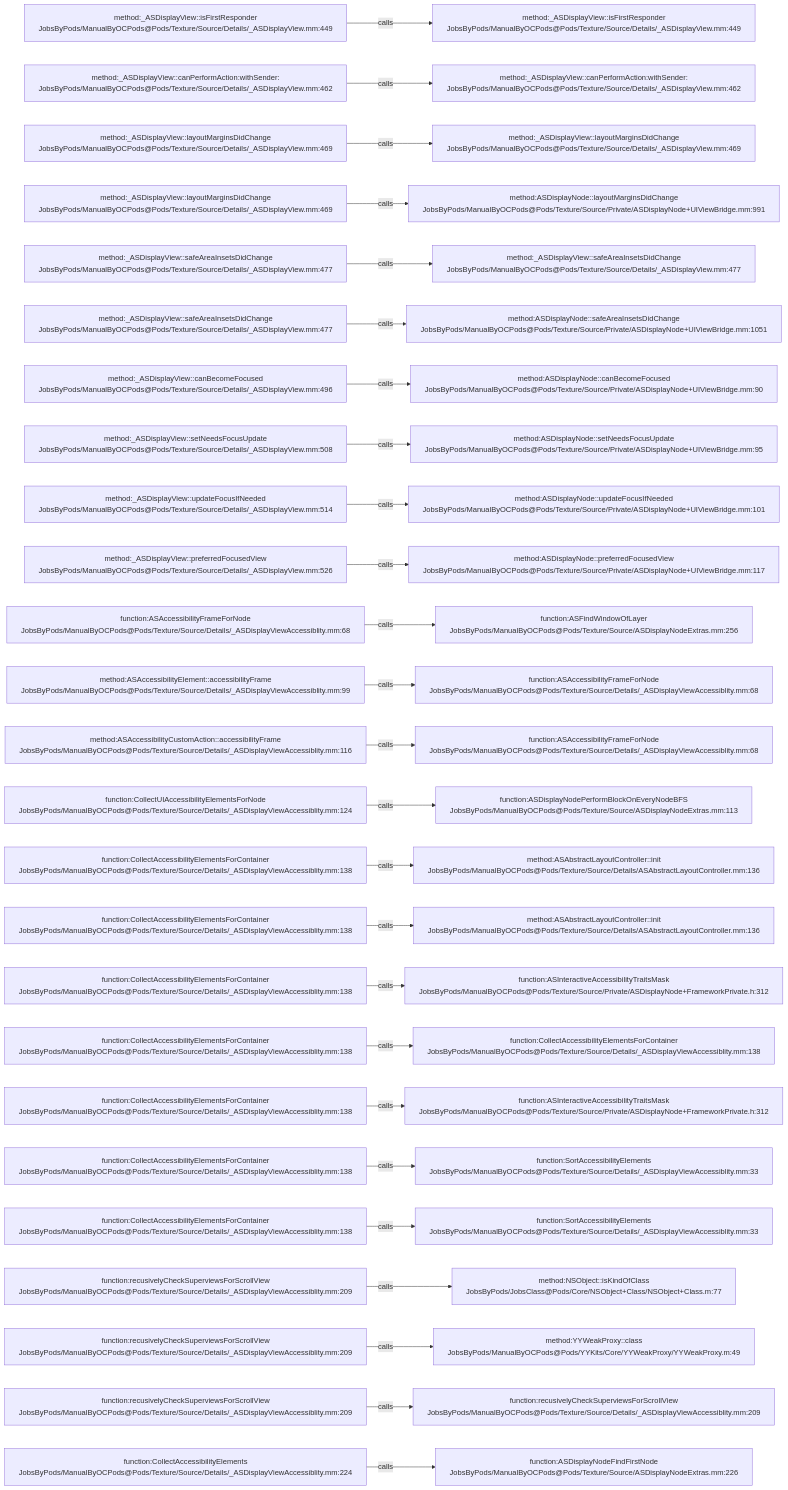
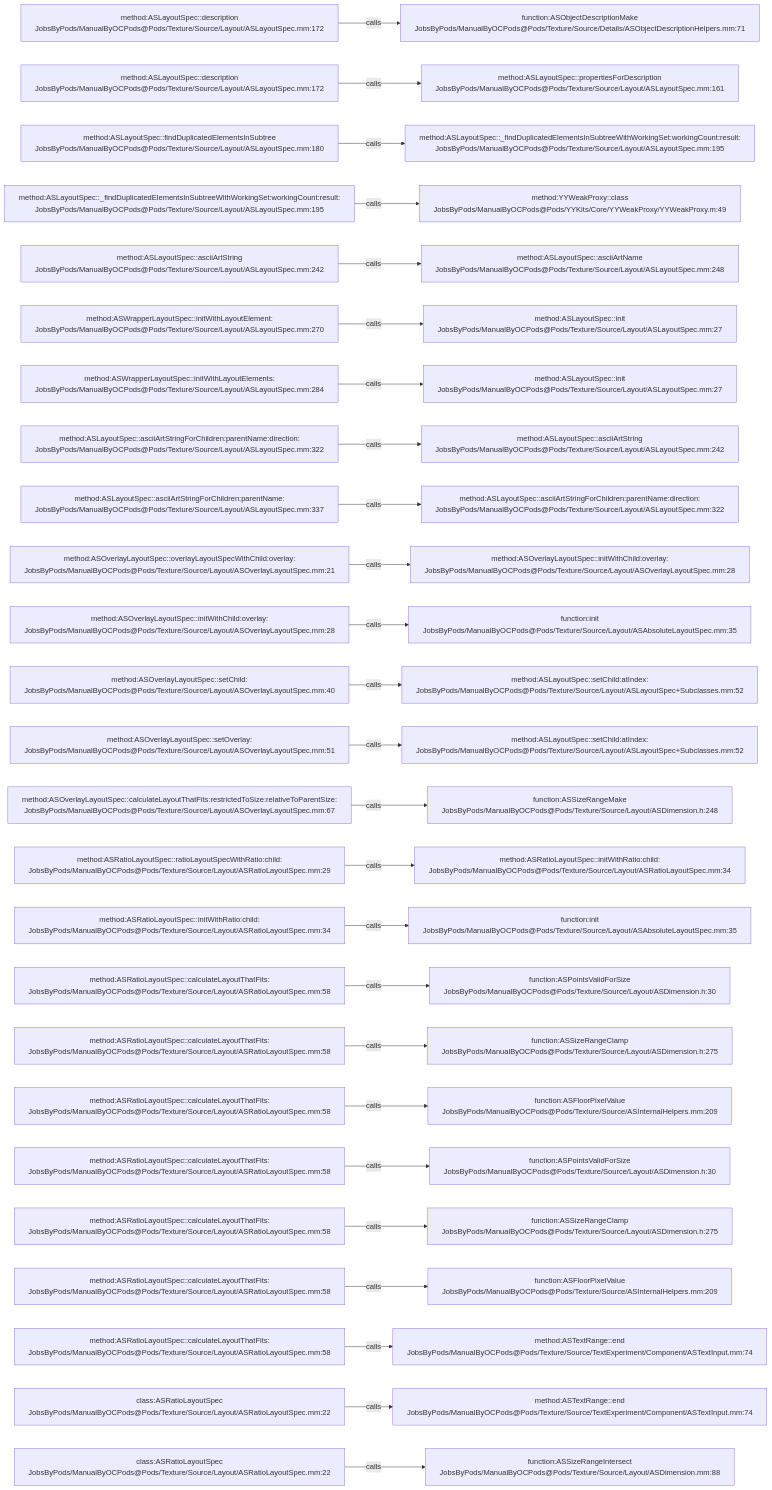
Before and after one commit to JobsKits/JobsOCBaseConfigDemo: the diagram in .codegraph/codegraph.md/graphs/calls-165.md, drawn with Mermaid. The commit also changed 2723 other files, not shown here.

````diff
--- a/.codegraph/codegraph.md/graphs/calls-165.md
+++ b/.codegraph/codegraph.md/graphs/calls-165.md
@@ -13,78 +13,78 @@
 ```mermaid
 flowchart LR
-  S1["method:_ASDisplayView::isFirstResponder<br/>JobsByPods/ManualByOCPods@Pods/Texture/Source/Details/_ASDisplayView.mm:449"]
-  T1["method:_ASDisplayView::isFirstResponder<br/>JobsByPods/ManualByOCPods@Pods/Texture/Source/Details/_ASDisplayView.mm:449"]
+  S1["method:ASLayoutSpec::description<br/>JobsByPods/ManualByOCPods@Pods/Texture/Source/Layout/ASLayoutSpec.mm:172"]
+  T1["function:ASObjectDescriptionMake<br/>JobsByPods/ManualByOCPods@Pods/Texture/Source/Details/ASObjectDescriptionHelpers.mm:71"]
   S1 -->|calls| T1
-  S2["method:_ASDisplayView::canPerformAction:withSender:<br/>JobsByPods/ManualByOCPods@Pods/Texture/Source/Details/_ASDisplayView.mm:462"]
-  T2["method:_ASDisplayView::canPerformAction:withSender:<br/>JobsByPods/ManualByOCPods@Pods/Texture/Source/Details/_ASDisplayView.mm:462"]
+  S2["method:ASLayoutSpec::description<br/>JobsByPods/ManualByOCPods@Pods/Texture/Source/Layout/ASLayoutSpec.mm:172"]
+  T2["method:ASLayoutSpec::propertiesForDescription<br/>JobsByPods/ManualByOCPods@Pods/Texture/Source/Layout/ASLayoutSpec.mm:161"]
   S2 -->|calls| T2
-  S3["method:_ASDisplayView::layoutMarginsDidChange<br/>JobsByPods/ManualByOCPods@Pods/Texture/Source/Details/_ASDisplayView.mm:469"]
-  T3["method:_ASDisplayView::layoutMarginsDidChange<br/>JobsByPods/ManualByOCPods@Pods/Texture/Source/Details/_ASDisplayView.mm:469"]
+  S3["method:ASLayoutSpec::findDuplicatedElementsInSubtree<br/>JobsByPods/ManualByOCPods@Pods/Texture/Source/Layout/ASLayoutSpec.mm:180"]
+  T3["method:ASLayoutSpec::_findDuplicatedElementsInSubtreeWithWorkingSet:workingCount:result:<br/>JobsByPods/ManualByOCPods@Pods/Texture/Source/Layout/ASLayoutSpec.mm:195"]
   S3 -->|calls| T3
-  S4["method:_ASDisplayView::layoutMarginsDidChange<br/>JobsByPods/ManualByOCPods@Pods/Texture/Source/Details/_ASDisplayView.mm:469"]
-  T4["method:ASDisplayNode::layoutMarginsDidChange<br/>JobsByPods/ManualByOCPods@Pods/Texture/Source/Private/ASDisplayNode+UIViewBridge.mm:991"]
+  S4["method:ASLayoutSpec::_findDuplicatedElementsInSubtreeWithWorkingSet:workingCount:result:<br/>JobsByPods/ManualByOCPods@Pods/Texture/Source/Layout/ASLayoutSpec.mm:195"]
+  T4["method:YYWeakProxy::class<br/>JobsByPods/ManualByOCPods@Pods/YYKits/Core/YYWeakProxy/YYWeakProxy.m:49"]
   S4 -->|calls| T4
-  S5["method:_ASDisplayView::safeAreaInsetsDidChange<br/>JobsByPods/ManualByOCPods@Pods/Texture/Source/Details/_ASDisplayView.mm:477"]
-  T5["method:_ASDisplayView::safeAreaInsetsDidChange<br/>JobsByPods/ManualByOCPods@Pods/Texture/Source/Details/_ASDisplayView.mm:477"]
+  S5["method:ASLayoutSpec::asciiArtString<br/>JobsByPods/ManualByOCPods@Pods/Texture/Source/Layout/ASLayoutSpec.mm:242"]
+  T5["method:ASLayoutSpec::asciiArtName<br/>JobsByPods/ManualByOCPods@Pods/Texture/Source/Layout/ASLayoutSpec.mm:248"]
   S5 -->|calls| T5
-  S6["method:_ASDisplayView::safeAreaInsetsDidChange<br/>JobsByPods/ManualByOCPods@Pods/Texture/Source/Details/_ASDisplayView.mm:477"]
-  T6["method:ASDisplayNode::safeAreaInsetsDidChange<br/>JobsByPods/ManualByOCPods@Pods/Texture/Source/Private/ASDisplayNode+UIViewBridge.mm:1051"]
+  S6["method:ASWrapperLayoutSpec::initWithLayoutElement:<br/>JobsByPods/ManualByOCPods@Pods/Texture/Source/Layout/ASLayoutSpec.mm:270"]
+  T6["method:ASLayoutSpec::init<br/>JobsByPods/ManualByOCPods@Pods/Texture/Source/Layout/ASLayoutSpec.mm:27"]
   S6 -->|calls| T6
-  S7["method:_ASDisplayView::canBecomeFocused<br/>JobsByPods/ManualByOCPods@Pods/Texture/Source/Details/_ASDisplayView.mm:496"]
-  T7["method:ASDisplayNode::canBecomeFocused<br/>JobsByPods/ManualByOCPods@Pods/Texture/Source/Private/ASDisplayNode+UIViewBridge.mm:90"]
+  S7["method:ASWrapperLayoutSpec::initWithLayoutElements:<br/>JobsByPods/ManualByOCPods@Pods/Texture/Source/Layout/ASLayoutSpec.mm:284"]
+  T7["method:ASLayoutSpec::init<br/>JobsByPods/ManualByOCPods@Pods/Texture/Source/Layout/ASLayoutSpec.mm:27"]
   S7 -->|calls| T7
-  S8["method:_ASDisplayView::setNeedsFocusUpdate<br/>JobsByPods/ManualByOCPods@Pods/Texture/Source/Details/_ASDisplayView.mm:508"]
-  T8["method:ASDisplayNode::setNeedsFocusUpdate<br/>JobsByPods/ManualByOCPods@Pods/Texture/Source/Private/ASDisplayNode+UIViewBridge.mm:95"]
+  S8["method:ASLayoutSpec::asciiArtStringForChildren:parentName:direction:<br/>JobsByPods/ManualByOCPods@Pods/Texture/Source/Layout/ASLayoutSpec.mm:322"]
+  T8["method:ASLayoutSpec::asciiArtString<br/>JobsByPods/ManualByOCPods@Pods/Texture/Source/Layout/ASLayoutSpec.mm:242"]
   S8 -->|calls| T8
-  S9["method:_ASDisplayView::updateFocusIfNeeded<br/>JobsByPods/ManualByOCPods@Pods/Texture/Source/Details/_ASDisplayView.mm:514"]
-  T9["method:ASDisplayNode::updateFocusIfNeeded<br/>JobsByPods/ManualByOCPods@Pods/Texture/Source/Private/ASDisplayNode+UIViewBridge.mm:101"]
+  S9["method:ASLayoutSpec::asciiArtStringForChildren:parentName:<br/>JobsByPods/ManualByOCPods@Pods/Texture/Source/Layout/ASLayoutSpec.mm:337"]
+  T9["method:ASLayoutSpec::asciiArtStringForChildren:parentName:direction:<br/>JobsByPods/ManualByOCPods@Pods/Texture/Source/Layout/ASLayoutSpec.mm:322"]
   S9 -->|calls| T9
-  S10["method:_ASDisplayView::preferredFocusedView<br/>JobsByPods/ManualByOCPods@Pods/Texture/Source/Details/_ASDisplayView.mm:526"]
-  T10["method:ASDisplayNode::preferredFocusedView<br/>JobsByPods/ManualByOCPods@Pods/Texture/Source/Private/ASDisplayNode+UIViewBridge.mm:117"]
+  S10["method:ASOverlayLayoutSpec::overlayLayoutSpecWithChild:overlay:<br/>JobsByPods/ManualByOCPods@Pods/Texture/Source/Layout/ASOverlayLayoutSpec.mm:21"]
+  T10["method:ASOverlayLayoutSpec::initWithChild:overlay:<br/>JobsByPods/ManualByOCPods@Pods/Texture/Source/Layout/ASOverlayLayoutSpec.mm:28"]
   S10 -->|calls| T10
-  S11["function:ASAccessibilityFrameForNode<br/>JobsByPods/ManualByOCPods@Pods/Texture/Source/Details/_ASDisplayViewAccessiblity.mm:68"]
-  T11["function:ASFindWindowOfLayer<br/>JobsByPods/ManualByOCPods@Pods/Texture/Source/ASDisplayNodeExtras.mm:256"]
+  S11["method:ASOverlayLayoutSpec::initWithChild:overlay:<br/>JobsByPods/ManualByOCPods@Pods/Texture/Source/Layout/ASOverlayLayoutSpec.mm:28"]
+  T11["function:init<br/>JobsByPods/ManualByOCPods@Pods/Texture/Source/Layout/ASAbsoluteLayoutSpec.mm:35"]
   S11 -->|calls| T11
-  S12["method:ASAccessibilityElement::accessibilityFrame<br/>JobsByPods/ManualByOCPods@Pods/Texture/Source/Details/_ASDisplayViewAccessiblity.mm:99"]
-  T12["function:ASAccessibilityFrameForNode<br/>JobsByPods/ManualByOCPods@Pods/Texture/Source/Details/_ASDisplayViewAccessiblity.mm:68"]
+  S12["method:ASOverlayLayoutSpec::setChild:<br/>JobsByPods/ManualByOCPods@Pods/Texture/Source/Layout/ASOverlayLayoutSpec.mm:40"]
+  T12["method:ASLayoutSpec::setChild:atIndex:<br/>JobsByPods/ManualByOCPods@Pods/Texture/Source/Layout/ASLayoutSpec+Subclasses.mm:52"]
   S12 -->|calls| T12
-  S13["method:ASAccessibilityCustomAction::accessibilityFrame<br/>JobsByPods/ManualByOCPods@Pods/Texture/Source/Details/_ASDisplayViewAccessiblity.mm:116"]
-  T13["function:ASAccessibilityFrameForNode<br/>JobsByPods/ManualByOCPods@Pods/Texture/Source/Details/_ASDisplayViewAccessiblity.mm:68"]
+  S13["method:ASOverlayLayoutSpec::setOverlay:<br/>JobsByPods/ManualByOCPods@Pods/Texture/Source/Layout/ASOverlayLayoutSpec.mm:51"]
+  T13["method:ASLayoutSpec::setChild:atIndex:<br/>JobsByPods/ManualByOCPods@Pods/Texture/Source/Layout/ASLayoutSpec+Subclasses.mm:52"]
   S13 -->|calls| T13
-  S14["function:CollectUIAccessibilityElementsForNode<br/>JobsByPods/ManualByOCPods@Pods/Texture/Source/Details/_ASDisplayViewAccessiblity.mm:124"]
-  T14["function:ASDisplayNodePerformBlockOnEveryNodeBFS<br/>JobsByPods/ManualByOCPods@Pods/Texture/Source/ASDisplayNodeExtras.mm:113"]
+  S14["method:ASOverlayLayoutSpec::calculateLayoutThatFits:restrictedToSize:relativeToParentSize:<br/>JobsByPods/ManualByOCPods@Pods/Texture/Source/Layout/ASOverlayLayoutSpec.mm:67"]
+  T14["function:ASSizeRangeMake<br/>JobsByPods/ManualByOCPods@Pods/Texture/Source/Layout/ASDimension.h:248"]
   S14 -->|calls| T14
-  S15["function:CollectAccessibilityElementsForContainer<br/>JobsByPods/ManualByOCPods@Pods/Texture/Source/Details/_ASDisplayViewAccessiblity.mm:138"]
-  T15["method:ASAbstractLayoutController::init<br/>JobsByPods/ManualByOCPods@Pods/Texture/Source/Details/ASAbstractLayoutController.mm:136"]
+  S15["method:ASRatioLayoutSpec::ratioLayoutSpecWithRatio:child:<br/>JobsByPods/ManualByOCPods@Pods/Texture/Source/Layout/ASRatioLayoutSpec.mm:29"]
+  T15["method:ASRatioLayoutSpec::initWithRatio:child:<br/>JobsByPods/ManualByOCPods@Pods/Texture/Source/Layout/ASRatioLayoutSpec.mm:34"]
   S15 -->|calls| T15
-  S16["function:CollectAccessibilityElementsForContainer<br/>JobsByPods/ManualByOCPods@Pods/Texture/Source/Details/_ASDisplayViewAccessiblity.mm:138"]
-  T16["method:ASAbstractLayoutController::init<br/>JobsByPods/ManualByOCPods@Pods/Texture/Source/Details/ASAbstractLayoutController.mm:136"]
+  S16["method:ASRatioLayoutSpec::initWithRatio:child:<br/>JobsByPods/ManualByOCPods@Pods/Texture/Source/Layout/ASRatioLayoutSpec.mm:34"]
+  T16["function:init<br/>JobsByPods/ManualByOCPods@Pods/Texture/Source/Layout/ASAbsoluteLayoutSpec.mm:35"]
   S16 -->|calls| T16
-  S17["function:CollectAccessibilityElementsForContainer<br/>JobsByPods/ManualByOCPods@Pods/Texture/Source/Details/_ASDisplayViewAccessiblity.mm:138"]
-  T17["function:ASInteractiveAccessibilityTraitsMask<br/>JobsByPods/ManualByOCPods@Pods/Texture/Source/Private/ASDisplayNode+FrameworkPrivate.h:312"]
+  S17["method:ASRatioLayoutSpec::calculateLayoutThatFits:<br/>JobsByPods/ManualByOCPods@Pods/Texture/Source/Layout/ASRatioLayoutSpec.mm:58"]
+  T17["function:ASPointsValidForSize<br/>JobsByPods/ManualByOCPods@Pods/Texture/Source/Layout/ASDimension.h:30"]
   S17 -->|calls| T17
-  S18["function:CollectAccessibilityElementsForContainer<br/>JobsByPods/ManualByOCPods@Pods/Texture/Source/Details/_ASDisplayViewAccessiblity.mm:138"]
-  T18["function:CollectAccessibilityElementsForContainer<br/>JobsByPods/ManualByOCPods@Pods/Texture/Source/Details/_ASDisplayViewAccessiblity.mm:138"]
+  S18["method:ASRatioLayoutSpec::calculateLayoutThatFits:<br/>JobsByPods/ManualByOCPods@Pods/Texture/Source/Layout/ASRatioLayoutSpec.mm:58"]
+  T18["function:ASSizeRangeClamp<br/>JobsByPods/ManualByOCPods@Pods/Texture/Source/Layout/ASDimension.h:275"]
   S18 -->|calls| T18
-  S19["function:CollectAccessibilityElementsForContainer<br/>JobsByPods/ManualByOCPods@Pods/Texture/Source/Details/_ASDisplayViewAccessiblity.mm:138"]
-  T19["function:ASInteractiveAccessibilityTraitsMask<br/>JobsByPods/ManualByOCPods@Pods/Texture/Source/Private/ASDisplayNode+FrameworkPrivate.h:312"]
+  S19["method:ASRatioLayoutSpec::calculateLayoutThatFits:<br/>JobsByPods/ManualByOCPods@Pods/Texture/Source/Layout/ASRatioLayoutSpec.mm:58"]
+  T19["function:ASFloorPixelValue<br/>JobsByPods/ManualByOCPods@Pods/Texture/Source/ASInternalHelpers.mm:209"]
   S19 -->|calls| T19
-  S20["function:CollectAccessibilityElementsForContainer<br/>JobsByPods/ManualByOCPods@Pods/Texture/Source/Details/_ASDisplayViewAccessiblity.mm:138"]
-  T20["function:SortAccessibilityElements<br/>JobsByPods/ManualByOCPods@Pods/Texture/Source/Details/_ASDisplayViewAccessiblity.mm:33"]
+  S20["method:ASRatioLayoutSpec::calculateLayoutThatFits:<br/>JobsByPods/ManualByOCPods@Pods/Texture/Source/Layout/ASRatioLayoutSpec.mm:58"]
+  T20["function:ASPointsValidForSize<br/>JobsByPods/ManualByOCPods@Pods/Texture/Source/Layout/ASDimension.h:30"]
   S20 -->|calls| T20
-  S21["function:CollectAccessibilityElementsForContainer<br/>JobsByPods/ManualByOCPods@Pods/Texture/Source/Details/_ASDisplayViewAccessiblity.mm:138"]
-  T21["function:SortAccessibilityElements<br/>JobsByPods/ManualByOCPods@Pods/Texture/Source/Details/_ASDisplayViewAccessiblity.mm:33"]
+  S21["method:ASRatioLayoutSpec::calculateLayoutThatFits:<br/>JobsByPods/ManualByOCPods@Pods/Texture/Source/Layout/ASRatioLayoutSpec.mm:58"]
+  T21["function:ASSizeRangeClamp<br/>JobsByPods/ManualByOCPods@Pods/Texture/Source/Layout/ASDimension.h:275"]
   S21 -->|calls| T21
-  S22["function:recusivelyCheckSuperviewsForScrollView<br/>JobsByPods/ManualByOCPods@Pods/Texture/Source/Details/_ASDisplayViewAccessiblity.mm:209"]
-  T22["method:NSObject::isKindOfClass<br/>JobsByPods/JobsClass@Pods/Core/NSObject+Class/NSObject+Class.m:77"]
+  S22["method:ASRatioLayoutSpec::calculateLayoutThatFits:<br/>JobsByPods/ManualByOCPods@Pods/Texture/Source/Layout/ASRatioLayoutSpec.mm:58"]
+  T22["function:ASFloorPixelValue<br/>JobsByPods/ManualByOCPods@Pods/Texture/Source/ASInternalHelpers.mm:209"]
   S22 -->|calls| T22
-  S23["function:recusivelyCheckSuperviewsForScrollView<br/>JobsByPods/ManualByOCPods@Pods/Texture/Source/Details/_ASDisplayViewAccessiblity.mm:209"]
-  T23["method:YYWeakProxy::class<br/>JobsByPods/ManualByOCPods@Pods/YYKits/Core/YYWeakProxy/YYWeakProxy.m:49"]
+  S23["method:ASRatioLayoutSpec::calculateLayoutThatFits:<br/>JobsByPods/ManualByOCPods@Pods/Texture/Source/Layout/ASRatioLayoutSpec.mm:58"]
+  T23["method:ASTextRange::end<br/>JobsByPods/ManualByOCPods@Pods/Texture/Source/TextExperiment/Component/ASTextInput.mm:74"]
   S23 -->|calls| T23
-  S24["function:recusivelyCheckSuperviewsForScrollView<br/>JobsByPods/ManualByOCPods@Pods/Texture/Source/Details/_ASDisplayViewAccessiblity.mm:209"]
-  T24["function:recusivelyCheckSuperviewsForScrollView<br/>JobsByPods/ManualByOCPods@Pods/Texture/Source/Details/_ASDisplayViewAccessiblity.mm:209"]
+  S24["class:ASRatioLayoutSpec<br/>JobsByPods/ManualByOCPods@Pods/Texture/Source/Layout/ASRatioLayoutSpec.mm:22"]
+  T24["method:ASTextRange::end<br/>JobsByPods/ManualByOCPods@Pods/Texture/Source/TextExperiment/Component/ASTextInput.mm:74"]
   S24 -->|calls| T24
-  S25["function:CollectAccessibilityElements<br/>JobsByPods/ManualByOCPods@Pods/Texture/Source/Details/_ASDisplayViewAccessiblity.mm:224"]
-  T25["function:ASDisplayNodeFindFirstNode<br/>JobsByPods/ManualByOCPods@Pods/Texture/Source/ASDisplayNodeExtras.mm:226"]
+  S25["class:ASRatioLayoutSpec<br/>JobsByPods/ManualByOCPods@Pods/Texture/Source/Layout/ASRatioLayoutSpec.mm:22"]
+  T25["function:ASSizeRangeIntersect<br/>JobsByPods/ManualByOCPods@Pods/Texture/Source/Layout/ASDimension.mm:88"]
   S25 -->|calls| T25
 ```
````
